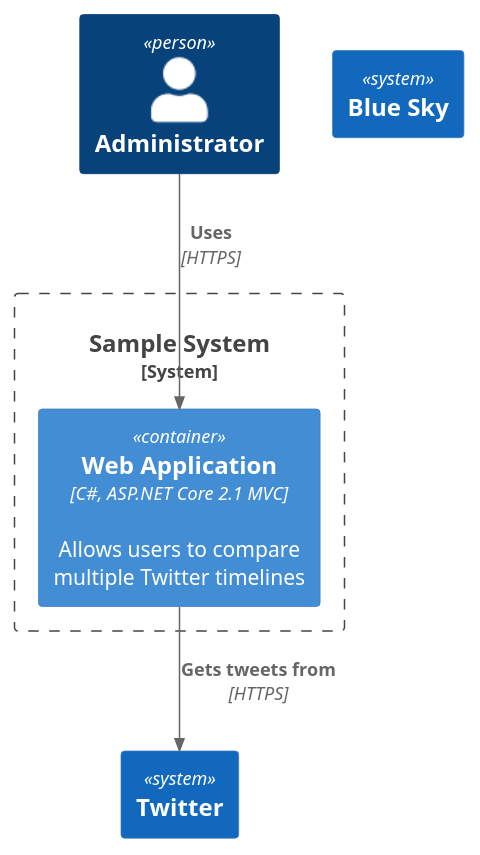
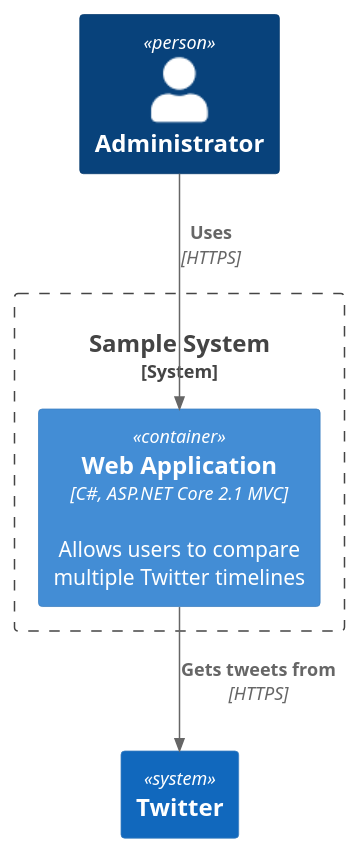
Before and after one commit to kcirtapfromspace/plantuml: the diagram in doc/design/assets/diagram2.puml, drawn with PlantUML.

```diff
--- a/doc/design/assets/diagram2.puml
+++ b/doc/design/assets/diagram2.puml
@@ -1,13 +1,13 @@
 @startuml Basic_Sample
 !include https://raw.githubusercontent.com/plantuml-stdlib/C4-PlantUML/master/C4_Container.puml
 
 Person(admin, "Administrator")
 System_Boundary(c1, "Sample System") {
     Container(web_app, "Web Application", "C#, ASP.NET Core 2.1 MVC", "Allows users to compare multiple Twitter timelines")
 }
 System(twitter, "Twitter")
-System(blue_sky, "Blue Sky")
+
 
 Rel(admin, web_app, "Uses", "HTTPS")
 Rel(web_app, twitter, "Gets tweets from", "HTTPS")
 @enduml
```
